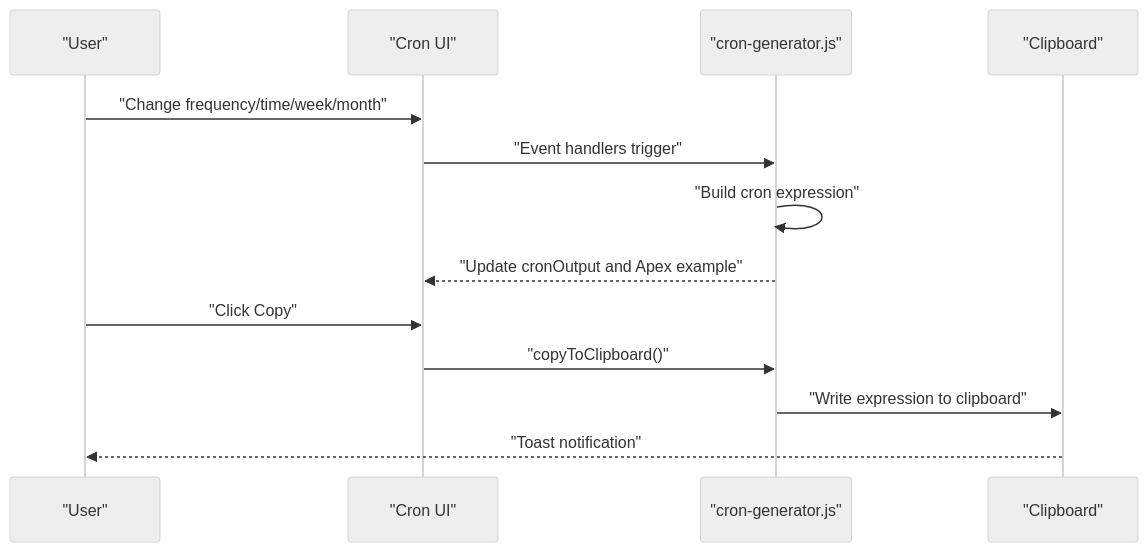
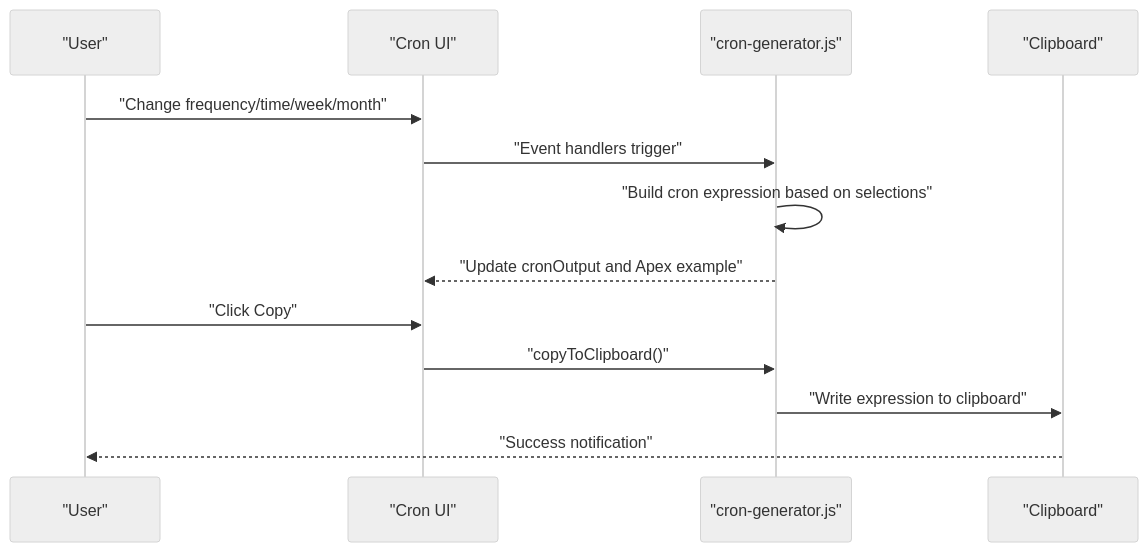
The fourth of 6 diagrams in .qoder/repowiki/en/content/Administrative Tools/Administrative Tools.md (escaleraalcielo/developer-utilities), drawn with Mermaid (neutral theme) before and after one commit. The commit also changed other lines of this file and 6 other files, not shown here.

````diff
--- a/.qoder/repowiki/en/content/Administrative Tools/Administrative Tools.md
+++ b/.qoder/repowiki/en/content/Administrative Tools/Administrative Tools.md
@@ -188,15 +204,15 @@
 ```mermaid
 sequenceDiagram
 participant U as "User"
 participant UI as "Cron UI"
 participant CG as "cron-generator.js"
 participant CB as "Clipboard"
 U->>UI : "Change frequency/time/week/month"
 UI->>CG : "Event handlers trigger"
-CG->>CG : "Build cron expression"
+CG->>CG : "Build cron expression based on selections"
 CG-->>UI : "Update cronOutput and Apex example"
 U->>UI : "Click Copy"
 UI->>CG : "copyToClipboard()"
 CG->>CB : "Write expression to clipboard"
-CB-->>U : "Toast notification"
+CB-->>U : "Success notification"
 ```
````
